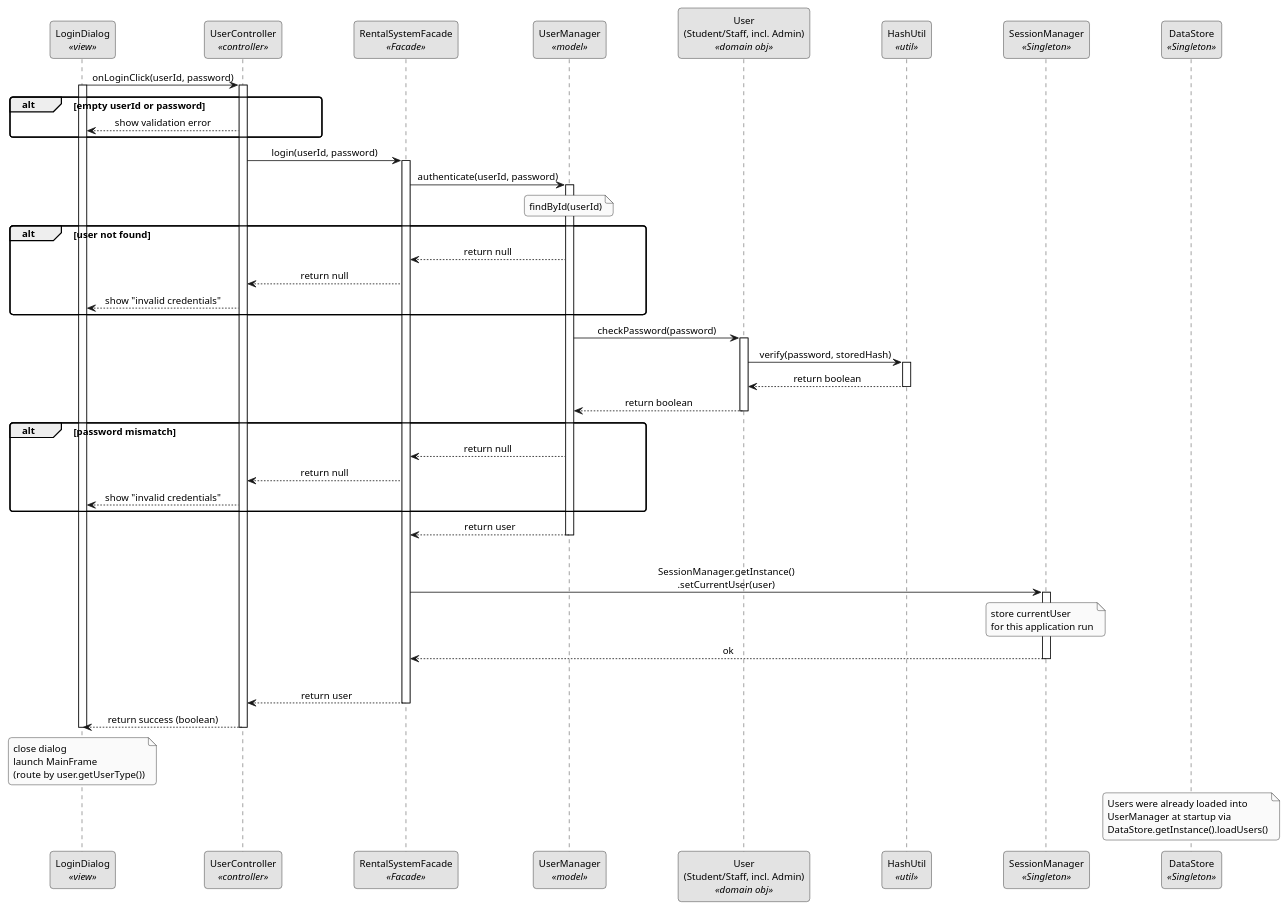
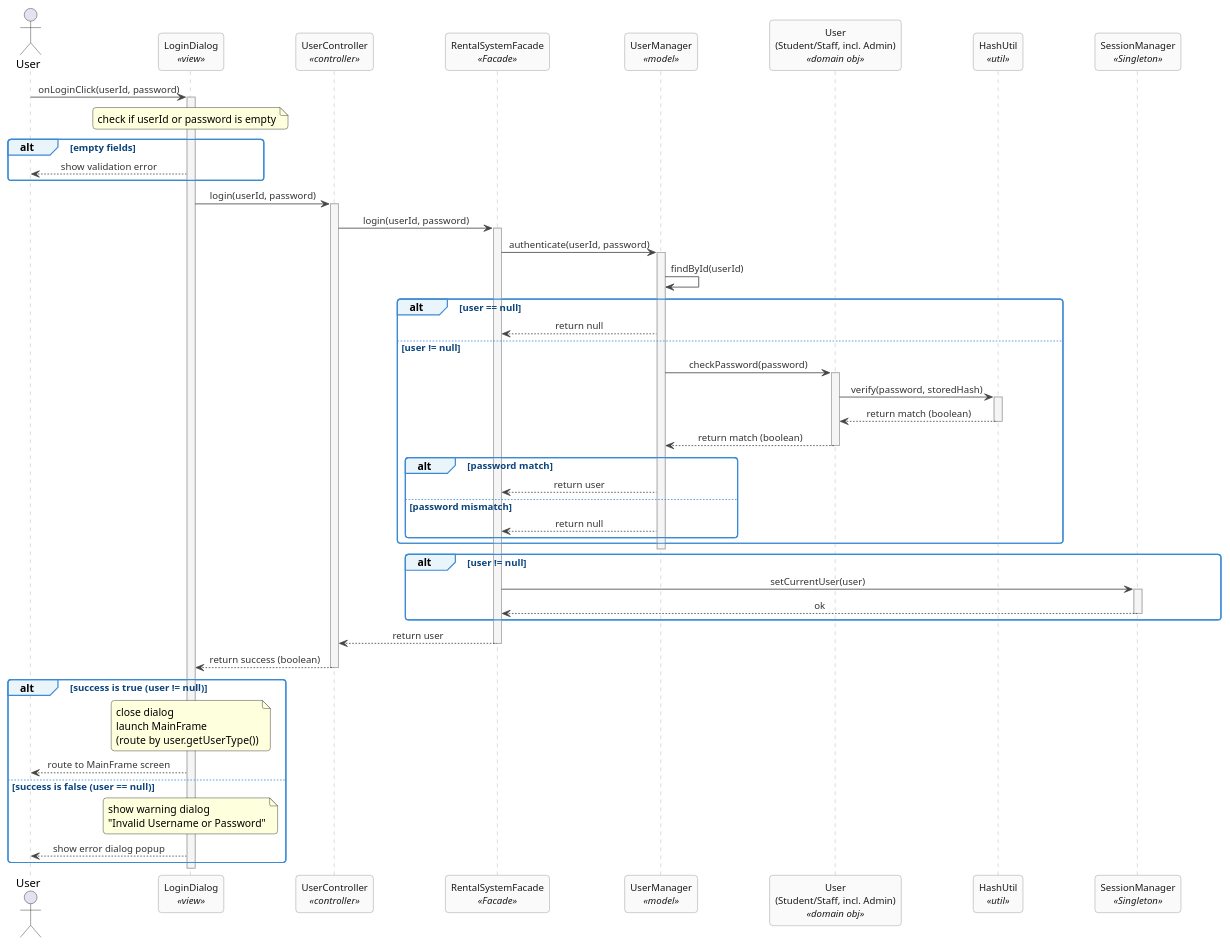
One commit to sarafidi/G1_SmartEquipmentRental-BillingSystem changed the diagram in diagrams/FINAL_sequence_login.puml. Above: the diagram before and after it, drawn with PlantUML. The commit also changed 5 other files, not shown here.

```diff
--- a/diagrams/FINAL_sequence_login.puml
+++ b/diagrams/FINAL_sequence_login.puml
@@ -1,108 +1,112 @@
 @startuml Login
 
-skinparam monochrome true
-skinparam shadowing false
-skinparam defaultFontSize 12
 skinparam sequenceMessageAlign center
 skinparam responseMessageBelowArrow true
 skinparam maxMessageSize 200
 skinparam roundcorner 8
+skinparam shadowing false
 skinparam stereotypePosition bottom
 skinparam ParticipantPadding 40
 
-' ═══════════════════════════════════════════════════
-' PARTICIPANTS
-' 7 lifelines: LoginDialog, UserController, Facade,
-'              UserManager, User (domain obj),
-'              HashUtil, SessionManager, DataStore
-' ═══════════════════════════════════════════════════
-  participant "LoginDialog" as View <<view>>
+skinparam participant {
+  BackgroundColor #FAFAFA
+  BorderColor     #888888
+  FontColor       #1A1A1A
+  FontSize        12
+}
 
-  participant "UserController" as Ctrl <<controller>>
+skinparam sequence {
+  ArrowColor              #444441
+  ArrowFontSize           12
+  ArrowFontColor          #333333
+  LifeLineBorderColor     #AAAAAA
+  LifeLineBackgroundColor #F5F5F5
+  GroupBackgroundColor    #EAF4FB
+  GroupBorderColor        #3B8BD4
+  GroupFontColor          #0C447C
+  GroupFontSize           12
+  NoteBackgroundColor     #FFF8E8
+  NoteBorderColor         #AAAAAA
+  NoteFontSize            12
+}
 
-  participant "RentalSystemFacade" as Facade <<Facade>>
-  participant "UserManager"                as UserMgr <<model>>
+actor "User" as Actor
+participant "LoginDialog" as View <<view>>
+participant "UserController" as Ctrl <<controller>>
+participant "RentalSystemFacade" as Facade <<Facade>>
+participant "UserManager" as UserMgr <<model>>
+participant "User\n(Student/Staff, incl. Admin)" as UserObj <<domain obj>>
+participant "HashUtil" as Hash <<util>>
+participant "SessionManager" as Session <<Singleton>>
 
-  participant "User\n(Student/Staff, incl. Admin)" as UserObj <<domain obj>>
+' ===================================================
+' MESSAGE FLOW
+' ===================================================
 
-  participant "HashUtil" as Hash <<util>>
-  participant "SessionManager" as Session <<Singleton>>
-  participant "DataStore" as DS <<Singleton>>
+Actor -> View : onLoginClick(userId, password)
+activate View
 
-' ═══════════════════════════════════════════════════
-' MESSAGE FLOW
-' ═══════════════════════════════════════════════════
+note over View : check if userId or password is empty
+alt empty fields
+  View --> Actor : show validation error
+end
 
-' Step 1
-View -> Ctrl : onLoginClick(userId, password)
-activate View
+View -> Ctrl : login(userId, password)
 activate Ctrl
 
-' alt: empty fields
-group alt [empty userId or password]
-  Ctrl --> View : show validation error
-end
-
-' Step 2
+' Controller calls Facade
 Ctrl -> Facade : login(userId, password)
 activate Facade
 
-' Step 3
+' Facade authenticates
 Facade -> UserMgr : authenticate(userId, password)
 activate UserMgr
 
-' Step 4 — lookup user
-note over UserMgr : findById(userId)
+' UserManager looks up user
+UserMgr -> UserMgr : findById(userId)
 
-group alt [user not found]
+alt user == null
   UserMgr --> Facade : return null
-  Facade --> Ctrl : return null
-  Ctrl --> View : show "invalid credentials"
+else user != null
+  ' User checks password
+  UserMgr -> UserObj : checkPassword(password)
+  activate UserObj
+  UserObj -> Hash : verify(password, storedHash)
+  activate Hash
+  Hash --> UserObj : return match (boolean)
+  deactivate Hash
+  UserObj --> UserMgr : return match (boolean)
+  deactivate UserObj
+  
+  alt password match
+    UserMgr --> Facade : return user
+  else password mismatch
+    UserMgr --> Facade : return null
+  end
+end
+deactivate UserMgr
+
+' Facade saves current session
+alt user != null
+  Facade -> Session : setCurrentUser(user)
+  activate Session
+  Session --> Facade : ok
+  deactivate Session
 end
 
-' Step 5
-UserMgr -> UserObj : checkPassword(password)
-activate UserObj
-
-' Step 6 — delegate hash comparison
-UserObj -> Hash : verify(password, storedHash)
-activate Hash
-Hash --> UserObj : return boolean
-deactivate Hash
-
-UserObj --> UserMgr : return boolean
-deactivate UserObj
-
-group alt [password mismatch]
-  UserMgr --> Facade : return null
-  Facade --> Ctrl : return null
-  Ctrl --> View : show "invalid credentials"
-end
-
-' Step 7
-UserMgr --> Facade : return user
-deactivate UserMgr
-
-|||
-Facade -> Session : SessionManager.getInstance()\n.setCurrentUser(user)
-activate Session
-note over Session : store currentUser\nfor this application run
-Session --> Facade : ok
-deactivate Session
-|||
-
-' Step 9
 Facade --> Ctrl : return user
 deactivate Facade
 
-' Step 10
 Ctrl --> View : return success (boolean)
 deactivate Ctrl
 
-' Step 11
-note over View : close dialog\nlaunch MainFrame\n(route by user.getUserType())
+alt success is true (user != null)
+  note over View : close dialog\nlaunch MainFrame\n(route by user.getUserType())
+  View --> Actor : route to MainFrame screen
+else success is false (user == null)
+  note over View : show warning dialog\n"Invalid Username or Password"
+  View --> Actor : show error dialog popup
+end
 deactivate View
 
-note over DS : Users were already loaded into\nUserManager at startup via\nDataStore.getInstance().loadUsers()
-
 @enduml
```
